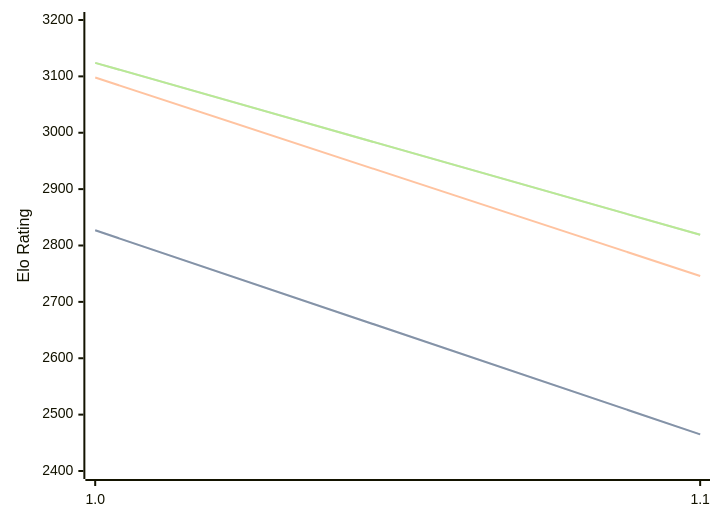
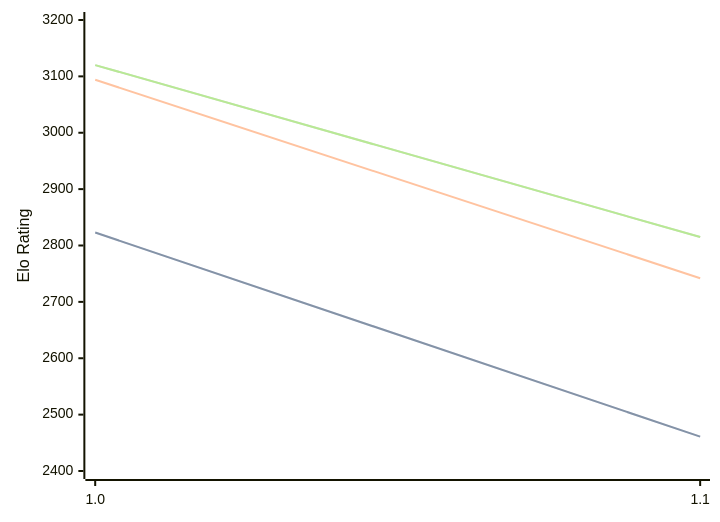
One commit to computer-chess-index/cci changed the third of 3 diagrams in engines/Publius.md. Above: the diagram before and after it, drawn with Mermaid. The commit also changed other lines of this file, not shown here.

Commit message:
Update CCI Ratings (ELO VLTC) - 2026-07-16

````diff
--- a/engines/Publius.md
+++ b/engines/Publius.md
@@ -65,11 +65,11 @@
 ```mermaid
 %%{init: {"theme":"base","themeVariables":{"seriesColors:['#a3a3a3','#222221','#faa371']}}}%%
 xychart-beta
   x-axis ["1.0", "1.1"]
   y-axis "Elo Rating" 2400 --> 3200
-  line "STC (8.0+0.08s)" [2827, 2465]
-  line "STC (8.0+0.08s)" [2827, 2465]
-  line "LTC (60.0+0.60s)" [3098, 2746]
-  line "VLTC (2m24s+1.12s)" [3124, 2819]
-  line "VLTC (2m24s+1.12s)" [3124, 2819]
+  line "STC (8.0+0.08s)" [2823, 2461]
+  line "STC (8.0+0.08s)" [2823, 2461]
+  line "LTC (60.0+0.60s)" [3094, 2742]
+  line "VLTC (2m24s+1.12s)" [3120, 2815]
+  line "VLTC (2m24s+1.12s)" [3120, 2815]
 ```
````
